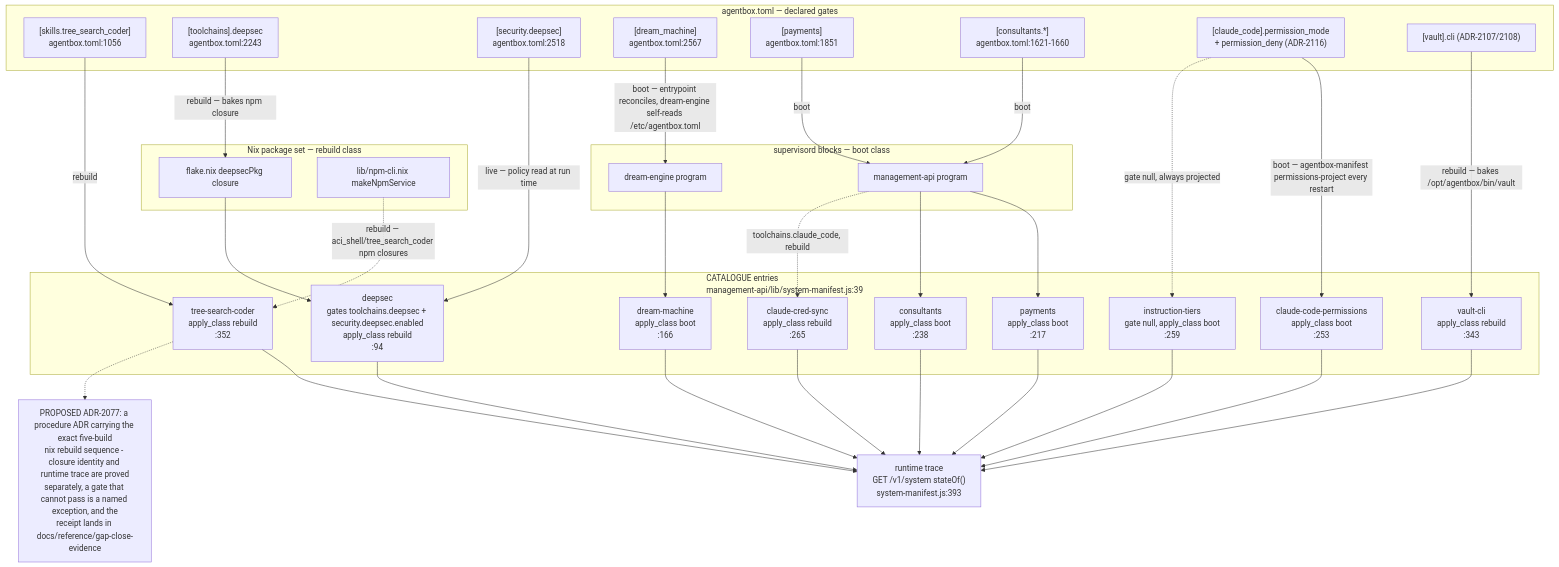
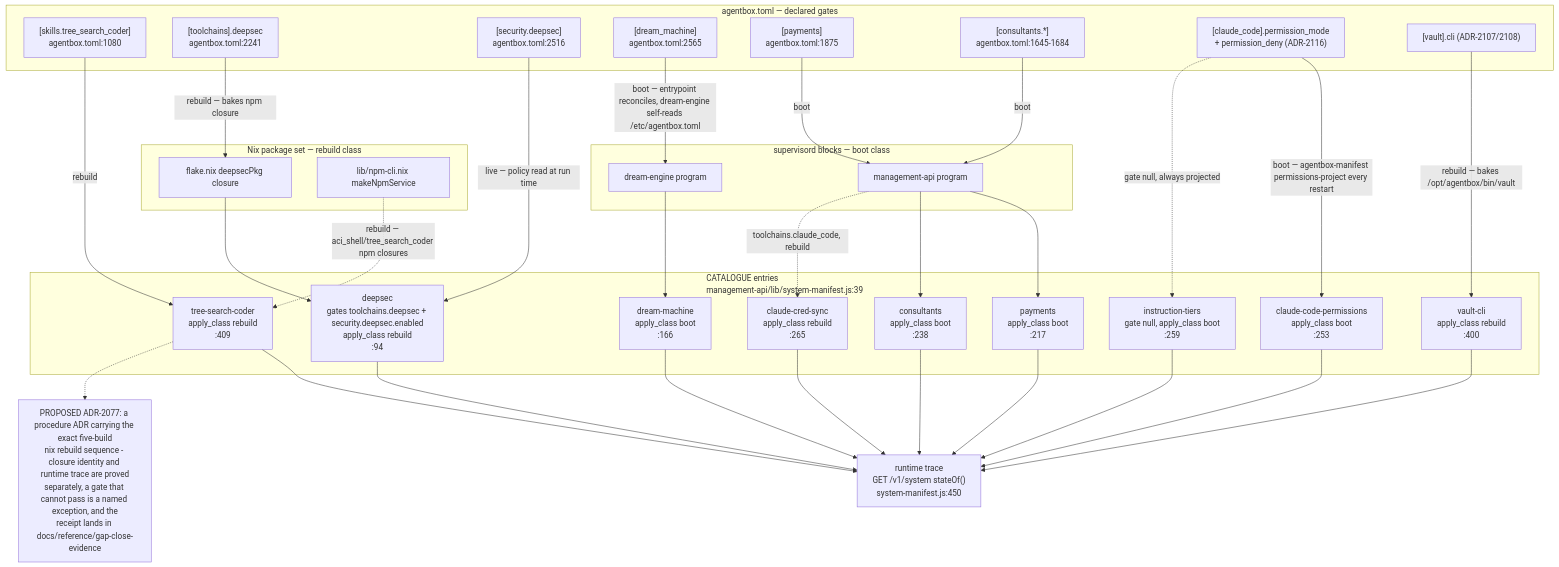
The first of 15 diagrams in docs/diagrams/agentbox/15-capability-gating-spend-consultants.md (DreamLab-AI/VisionFlow), drawn with Mermaid before and after one commit. The commit also changed other lines of this file and 145 other files, not shown here.

````diff
--- a/docs/diagrams/agentbox/15-capability-gating-spend-consultants.md
+++ b/docs/diagrams/agentbox/15-capability-gating-spend-consultants.md
@@ -54,61 +57,61 @@
 ```mermaid
 flowchart TD
     subgraph M["agentbox.toml — declared gates"]
-        M1["[skills.tree_search_coder]<br/>agentbox.toml:1056"]
-        M2["[toolchains].deepsec<br/>agentbox.toml:2243"]
-        M3["[security.deepsec]<br/>agentbox.toml:2518"]
-        M4["[dream_machine]<br/>agentbox.toml:2567"]
-        M5["[payments]<br/>agentbox.toml:1851"]
-        M6["[consultants.*]<br/>agentbox.toml:1621-1660"]
+        M1["[skills.tree_search_coder]<br/>agentbox.toml:1080"]
+        M2["[toolchains].deepsec<br/>agentbox.toml:2241"]
+        M3["[security.deepsec]<br/>agentbox.toml:2516"]
+        M4["[dream_machine]<br/>agentbox.toml:2565"]
+        M5["[payments]<br/>agentbox.toml:1875"]
+        M6["[consultants.*]<br/>agentbox.toml:1645-1684"]
         M7["[claude_code].permission_mode<br/>+ permission_deny (ADR-2116)"]
         M8["[vault].cli (ADR-2107/2108)"]
     end
     subgraph N["Nix package set — rebuild class"]
         N1["flake.nix deepsecPkg closure"]
         N2["lib/npm-cli.nix makeNpmService"]
     end
     subgraph S["supervisord blocks — boot class"]
         S1["dream-engine program"]
         S2["management-api program"]
     end
     subgraph C["CATALOGUE entries<br/>management-api/lib/system-manifest.js:39"]
-        C1["tree-search-coder<br/>apply_class rebuild<br/>:352"]
+        C1["tree-search-coder<br/>apply_class rebuild<br/>:409"]
         C2["deepsec<br/>gates toolchains.deepsec + security.deepsec.enabled<br/>apply_class rebuild<br/>:94"]
         C3["dream-machine<br/>apply_class boot<br/>:166"]
         C4["payments<br/>apply_class boot<br/>:217"]
         C5["consultants<br/>apply_class boot<br/>:238"]
         C6["claude-code-permissions<br/>apply_class boot<br/>:253"]
         C7["instruction-tiers<br/>gate null, apply_class boot<br/>:259"]
         C8["claude-cred-sync<br/>apply_class rebuild<br/>:265"]
-        C9["vault-cli<br/>apply_class rebuild<br/>:343"]
+        C9["vault-cli<br/>apply_class rebuild<br/>:400"]
     end
-    R["runtime trace<br/>GET /v1/system stateOf()<br/>system-manifest.js:393"]
+    R["runtime trace<br/>GET /v1/system stateOf()<br/>system-manifest.js:450"]
 
     M1 -->|"rebuild"| C1
     M2 -->|"rebuild — bakes npm closure"| N1
     N1 --> C2
     M3 -->|"live — policy read at run time"| C2
     M4 -->|"boot — entrypoint reconciles, dream-engine self-reads /etc/agentbox.toml"| S1
     S1 --> C3
     M5 -->|"boot"| S2
     S2 --> C4
     M6 -->|"boot"| S2
     S2 --> C5
     M7 -->|"boot — agentbox-manifest permissions-project every restart"| C6
     M7 -.->|"gate null, always projected"| C7
     M8 -->|"rebuild — bakes /opt/agentbox/bin/vault"| C9
     S2 -.->|"toolchains.claude_code, rebuild"| C8
     C1 --> R
     C2 --> R
     C3 --> R
     C4 --> R
     C5 --> R
     C6 --> R
     C7 --> R
     C8 --> R
     C9 --> R
     N2 -.->|"rebuild — aci_shell/tree_search_coder npm closures"| C1
 
     note1["PROPOSED ADR-2077: a procedure ADR carrying the exact five-build<br/>nix rebuild sequence - closure identity and runtime trace are proved<br/>separately, a gate that cannot pass is a named exception, and the<br/>receipt lands in docs/reference/gap-close-evidence"]
     C1 -.-> note1
 ```
````
